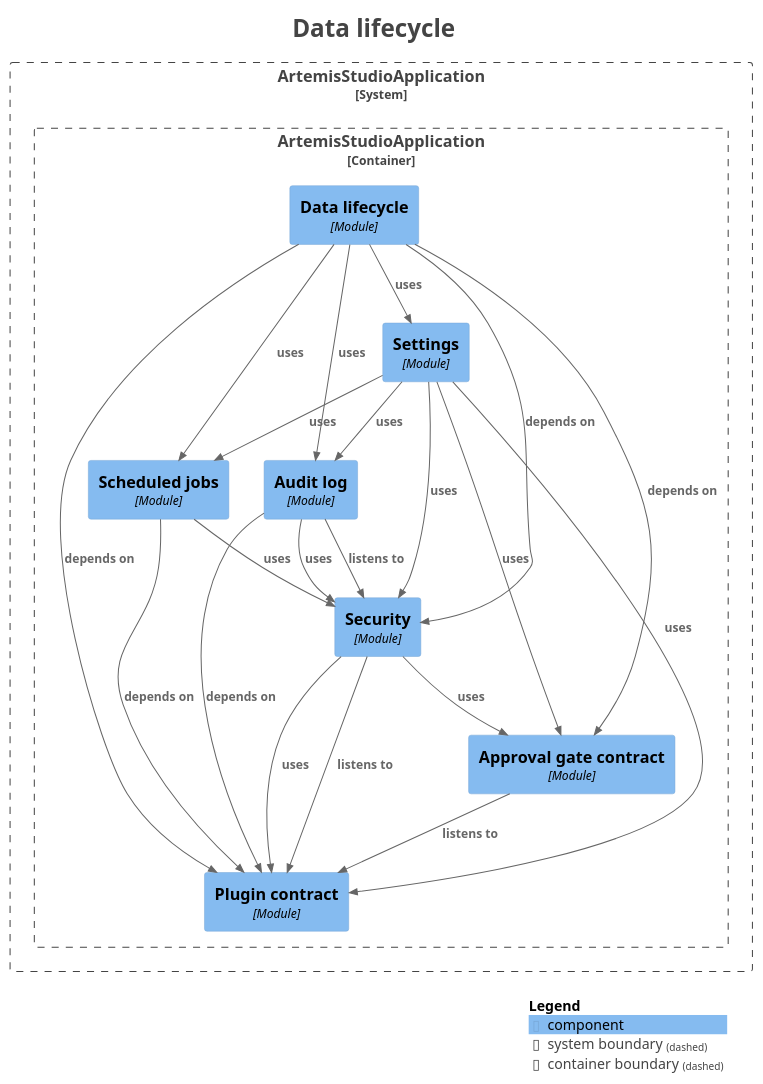
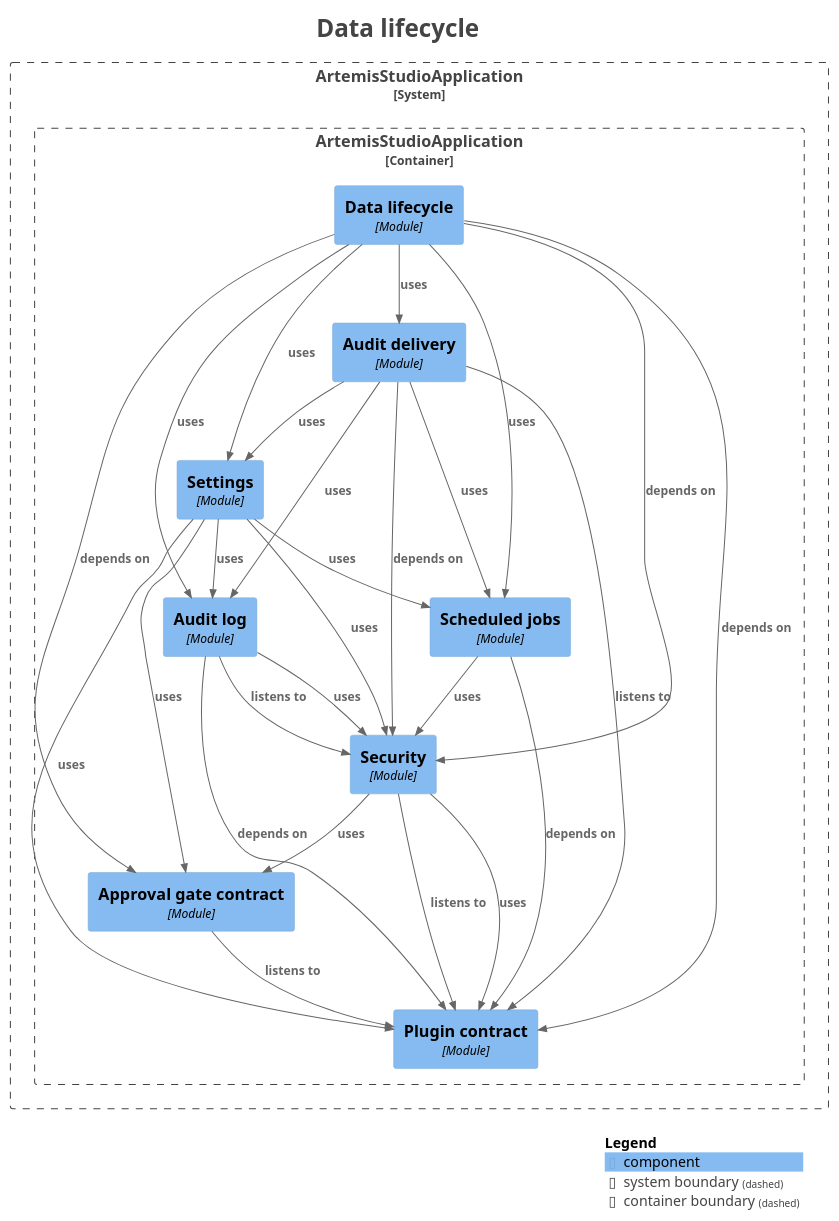
Before and after one commit to sudoitir/artemis-studio: the diagram in docs/modules/module-kernel.lifecycle.puml, drawn with PlantUML. The commit also changed 15 other files, not shown here.

```diff
--- a/docs/modules/module-kernel.lifecycle.puml
+++ b/docs/modules/module-kernel.lifecycle.puml
@@ -1,54 +1,61 @@
 @startuml
 title <size:24>Data lifecycle</size>
 
 set separator none
 top to bottom direction
 
 <style>
   root {
     BackgroundColor: #ffffff
     FontColor: #444444
   }
 </style>
 
 !include <C4/C4>
 !include <C4/C4_Context>
 !include <C4/C4_Component>
 
 System_Boundary("ArtemisStudioApplication_boundary", "ArtemisStudioApplication", $tags="") {
   Container_Boundary("ArtemisStudioApplication.ArtemisStudioApplication_boundary", "ArtemisStudioApplication", $tags="") {
     Component(ArtemisStudioApplication.ArtemisStudioApplication.Approvalgatecontract, "Approval gate contract", $techn="Module", $descr="", $tags="", $link="")
+    Component(ArtemisStudioApplication.ArtemisStudioApplication.Auditdelivery, "Audit delivery", $techn="Module", $descr="", $tags="", $link="")
     Component(ArtemisStudioApplication.ArtemisStudioApplication.Auditlog, "Audit log", $techn="Module", $descr="", $tags="", $link="")
     Component(ArtemisStudioApplication.ArtemisStudioApplication.Datalifecycle, "Data lifecycle", $techn="Module", $descr="", $tags="", $link="")
     Component(ArtemisStudioApplication.ArtemisStudioApplication.Plugincontract, "Plugin contract", $techn="Module", $descr="", $tags="", $link="")
     Component(ArtemisStudioApplication.ArtemisStudioApplication.Scheduledjobs, "Scheduled jobs", $techn="Module", $descr="", $tags="", $link="")
     Component(ArtemisStudioApplication.ArtemisStudioApplication.Security, "Security", $techn="Module", $descr="", $tags="", $link="")
     Component(ArtemisStudioApplication.ArtemisStudioApplication.Settings, "Settings", $techn="Module", $descr="", $tags="", $link="")
   }
 
 }
 
 Rel(ArtemisStudioApplication.ArtemisStudioApplication.Approvalgatecontract, ArtemisStudioApplication.ArtemisStudioApplication.Plugincontract, "listens to", $techn="", $tags="", $link="")
+Rel(ArtemisStudioApplication.ArtemisStudioApplication.Auditdelivery, ArtemisStudioApplication.ArtemisStudioApplication.Auditlog, "uses", $techn="", $tags="", $link="")
+Rel(ArtemisStudioApplication.ArtemisStudioApplication.Auditdelivery, ArtemisStudioApplication.ArtemisStudioApplication.Plugincontract, "listens to", $techn="", $tags="", $link="")
+Rel(ArtemisStudioApplication.ArtemisStudioApplication.Auditdelivery, ArtemisStudioApplication.ArtemisStudioApplication.Scheduledjobs, "uses", $techn="", $tags="", $link="")
+Rel(ArtemisStudioApplication.ArtemisStudioApplication.Auditdelivery, ArtemisStudioApplication.ArtemisStudioApplication.Security, "depends on", $techn="", $tags="", $link="")
+Rel(ArtemisStudioApplication.ArtemisStudioApplication.Auditdelivery, ArtemisStudioApplication.ArtemisStudioApplication.Settings, "uses", $techn="", $tags="", $link="")
 Rel(ArtemisStudioApplication.ArtemisStudioApplication.Auditlog, ArtemisStudioApplication.ArtemisStudioApplication.Plugincontract, "depends on", $techn="", $tags="", $link="")
 Rel(ArtemisStudioApplication.ArtemisStudioApplication.Auditlog, ArtemisStudioApplication.ArtemisStudioApplication.Security, "listens to", $techn="", $tags="", $link="")
 Rel(ArtemisStudioApplication.ArtemisStudioApplication.Auditlog, ArtemisStudioApplication.ArtemisStudioApplication.Security, "uses", $techn="", $tags="", $link="")
 Rel(ArtemisStudioApplication.ArtemisStudioApplication.Datalifecycle, ArtemisStudioApplication.ArtemisStudioApplication.Approvalgatecontract, "depends on", $techn="", $tags="", $link="")
+Rel(ArtemisStudioApplication.ArtemisStudioApplication.Datalifecycle, ArtemisStudioApplication.ArtemisStudioApplication.Auditdelivery, "uses", $techn="", $tags="", $link="")
 Rel(ArtemisStudioApplication.ArtemisStudioApplication.Datalifecycle, ArtemisStudioApplication.ArtemisStudioApplication.Auditlog, "uses", $techn="", $tags="", $link="")
 Rel(ArtemisStudioApplication.ArtemisStudioApplication.Datalifecycle, ArtemisStudioApplication.ArtemisStudioApplication.Plugincontract, "depends on", $techn="", $tags="", $link="")
 Rel(ArtemisStudioApplication.ArtemisStudioApplication.Datalifecycle, ArtemisStudioApplication.ArtemisStudioApplication.Scheduledjobs, "uses", $techn="", $tags="", $link="")
 Rel(ArtemisStudioApplication.ArtemisStudioApplication.Datalifecycle, ArtemisStudioApplication.ArtemisStudioApplication.Security, "depends on", $techn="", $tags="", $link="")
 Rel(ArtemisStudioApplication.ArtemisStudioApplication.Datalifecycle, ArtemisStudioApplication.ArtemisStudioApplication.Settings, "uses", $techn="", $tags="", $link="")
 Rel(ArtemisStudioApplication.ArtemisStudioApplication.Scheduledjobs, ArtemisStudioApplication.ArtemisStudioApplication.Plugincontract, "depends on", $techn="", $tags="", $link="")
 Rel(ArtemisStudioApplication.ArtemisStudioApplication.Scheduledjobs, ArtemisStudioApplication.ArtemisStudioApplication.Security, "uses", $techn="", $tags="", $link="")
 Rel(ArtemisStudioApplication.ArtemisStudioApplication.Security, ArtemisStudioApplication.ArtemisStudioApplication.Approvalgatecontract, "uses", $techn="", $tags="", $link="")
 Rel(ArtemisStudioApplication.ArtemisStudioApplication.Security, ArtemisStudioApplication.ArtemisStudioApplication.Plugincontract, "listens to", $techn="", $tags="", $link="")
 Rel(ArtemisStudioApplication.ArtemisStudioApplication.Security, ArtemisStudioApplication.ArtemisStudioApplication.Plugincontract, "uses", $techn="", $tags="", $link="")
 Rel(ArtemisStudioApplication.ArtemisStudioApplication.Settings, ArtemisStudioApplication.ArtemisStudioApplication.Approvalgatecontract, "uses", $techn="", $tags="", $link="")
 Rel(ArtemisStudioApplication.ArtemisStudioApplication.Settings, ArtemisStudioApplication.ArtemisStudioApplication.Auditlog, "uses", $techn="", $tags="", $link="")
 Rel(ArtemisStudioApplication.ArtemisStudioApplication.Settings, ArtemisStudioApplication.ArtemisStudioApplication.Plugincontract, "uses", $techn="", $tags="", $link="")
 Rel(ArtemisStudioApplication.ArtemisStudioApplication.Settings, ArtemisStudioApplication.ArtemisStudioApplication.Scheduledjobs, "uses", $techn="", $tags="", $link="")
 Rel(ArtemisStudioApplication.ArtemisStudioApplication.Settings, ArtemisStudioApplication.ArtemisStudioApplication.Security, "uses", $techn="", $tags="", $link="")
 
 SHOW_LEGEND(true)
 hide stereotypes
 @enduml
```
